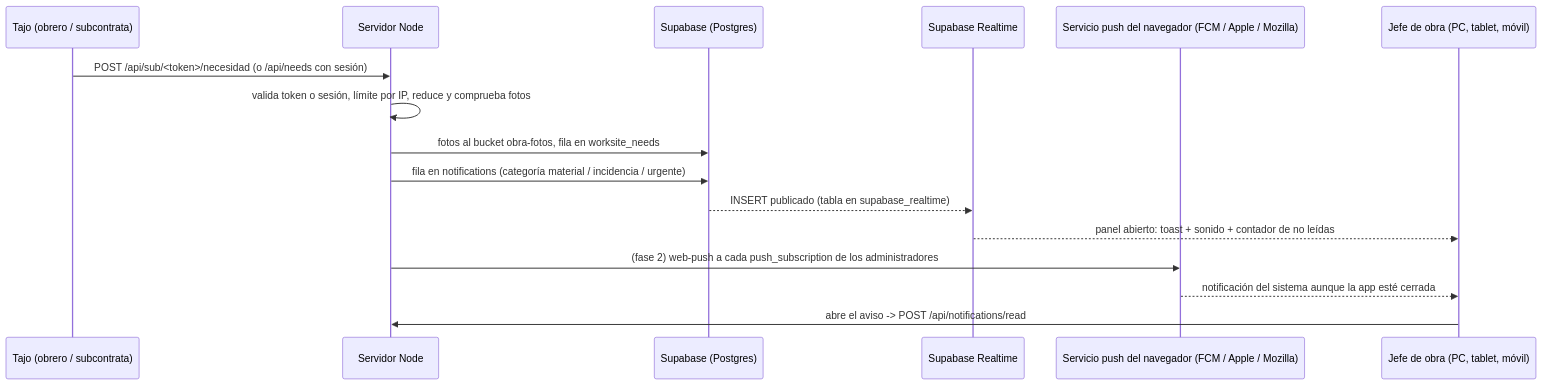
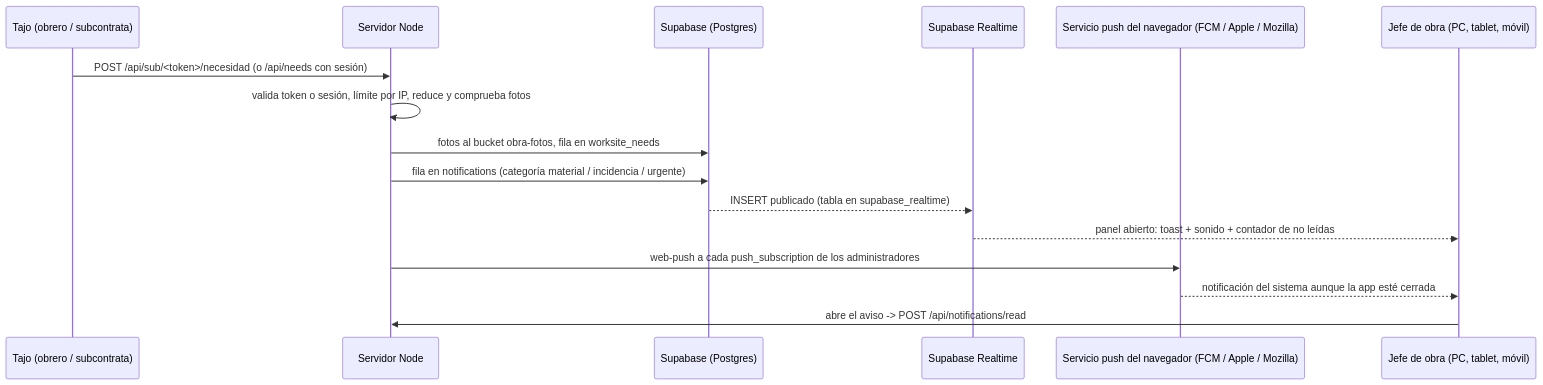
The diagram in docs/notificaciones-y-pedidos.md (chedrin/OBRIA-CRM-TOTAL), drawn with Mermaid before and after one commit. The commit also changed other lines of this file and 24 other files, not shown here.

First line of the commit message:
Avisos y pedidos (fase 2): panel, tiempo real, Web Push y botón en el Portal del Obrero

````diff
--- a/docs/notificaciones-y-pedidos.md
+++ b/docs/notificaciones-y-pedidos.md
@@ -23,19 +21,19 @@
 ```mermaid
 sequenceDiagram
   participant T as Tajo (obrero / subcontrata)
   participant API as Servidor Node
   participant DB as Supabase (Postgres)
   participant RT as Supabase Realtime
   participant WP as Servicio push del navegador (FCM / Apple / Mozilla)
   participant A as Jefe de obra (PC, tablet, móvil)
 
   T->>API: POST /api/sub/<token>/necesidad (o /api/needs con sesión)
   API->>API: valida token o sesión, límite por IP, reduce y comprueba fotos
   API->>DB: fotos al bucket obra-fotos, fila en worksite_needs
   API->>DB: fila en notifications (categoría material / incidencia / urgente)
   DB-->>RT: INSERT publicado (tabla en supabase_realtime)
   RT-->>A: panel abierto: toast + sonido + contador de no leídas
-  API->>WP: (fase 2) web-push a cada push_subscription de los administradores
+  API->>WP: web-push a cada push_subscription de los administradores
   WP-->>A: notificación del sistema aunque la app esté cerrada
   A->>API: abre el aviso -> POST /api/notifications/read
 ```
````
